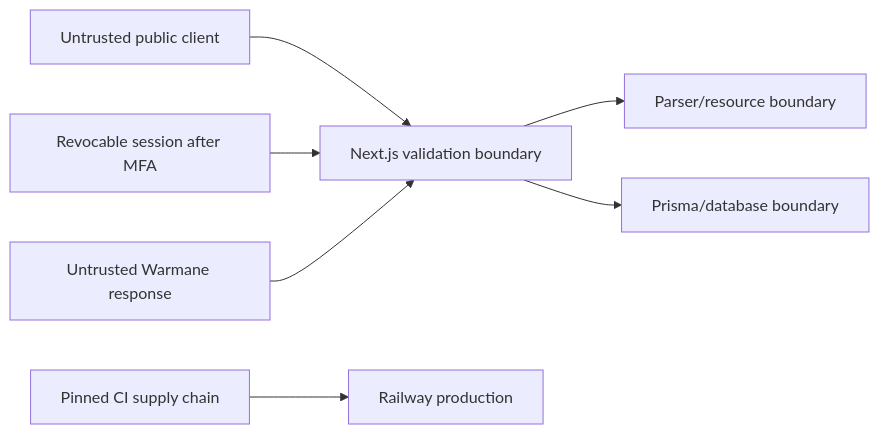
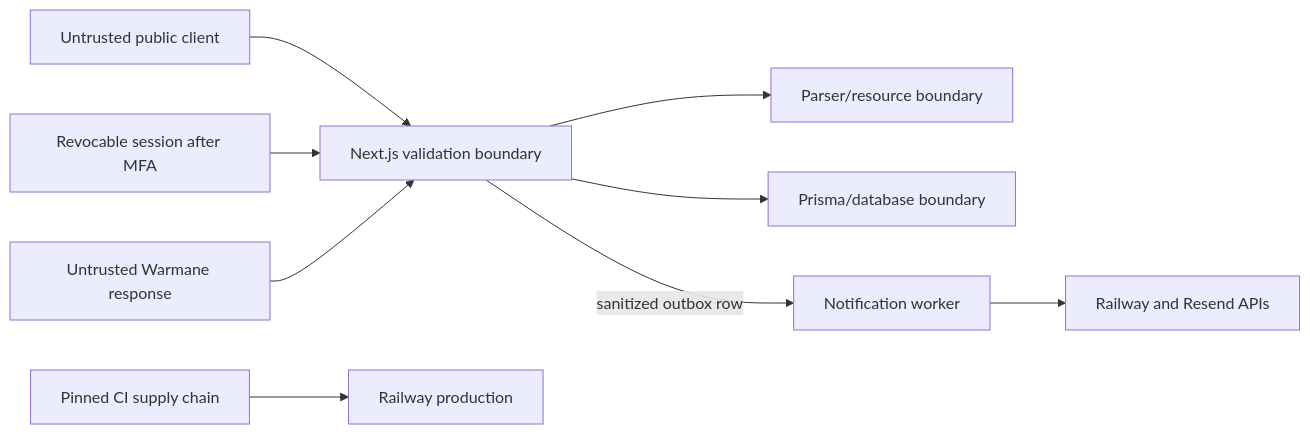
Before and after one commit to CRSD-Lau/Pizza-Logs: the diagram in docs/security/threat-model.md, drawn with Mermaid. The commit also changed other lines of this file and 16 other files, not shown here.

````diff
--- a/docs/security/threat-model.md
+++ b/docs/security/threat-model.md
@@ -13,9 +13,11 @@
 ```mermaid
 flowchart LR
   Public["Untrusted public client"] --> Web["Next.js validation boundary"]
   Web --> Parser["Parser/resource boundary"]
   Web --> DB["Prisma/database boundary"]
   Admin["Revocable session after MFA"] --> Web
   Upstream["Untrusted Warmane response"] --> Web
   CI["Pinned CI supply chain"] --> Deploy["Railway production"]
+  Web -->|"sanitized outbox row"| Worker["Notification worker"]
+  Worker --> Providers["Railway and Resend APIs"]
 ```
````
